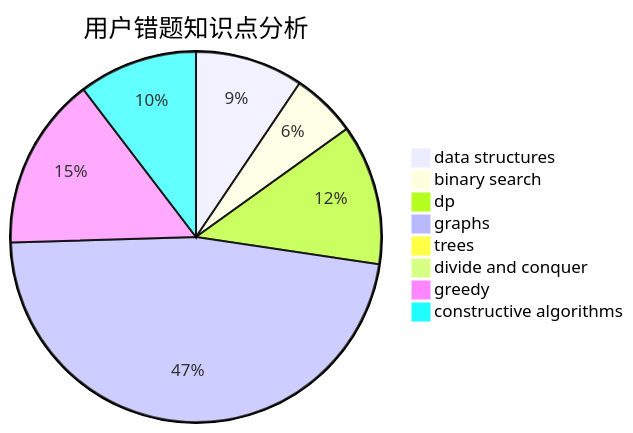
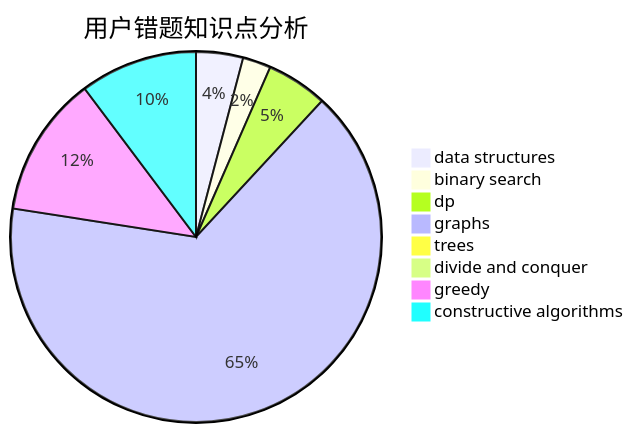
Before and after one commit to sherpahu/cfrs.github.io: the third of 3 diagrams in docs/user/u2512.md, drawn with Mermaid. The commit also changed other lines of this file and 2770 other files, not shown here.

````diff
--- a/docs/user/u2512.md
+++ b/docs/user/u2512.md
@@ -36,11 +36,11 @@
 ```mermaid
 pie title 用户错题知识点分析
     "data structures" :  10
     "binary search" :  6
     "dp" :  13
-    "graphs" :  50
+    "graphs" :  160
     "trees" :  1
     "divide and conquer" :  0
-    "greedy" :  16
-    "constructive algorithms" :  11
+    "greedy" :  30
+    "constructive algorithms" :  25
 ```
````
